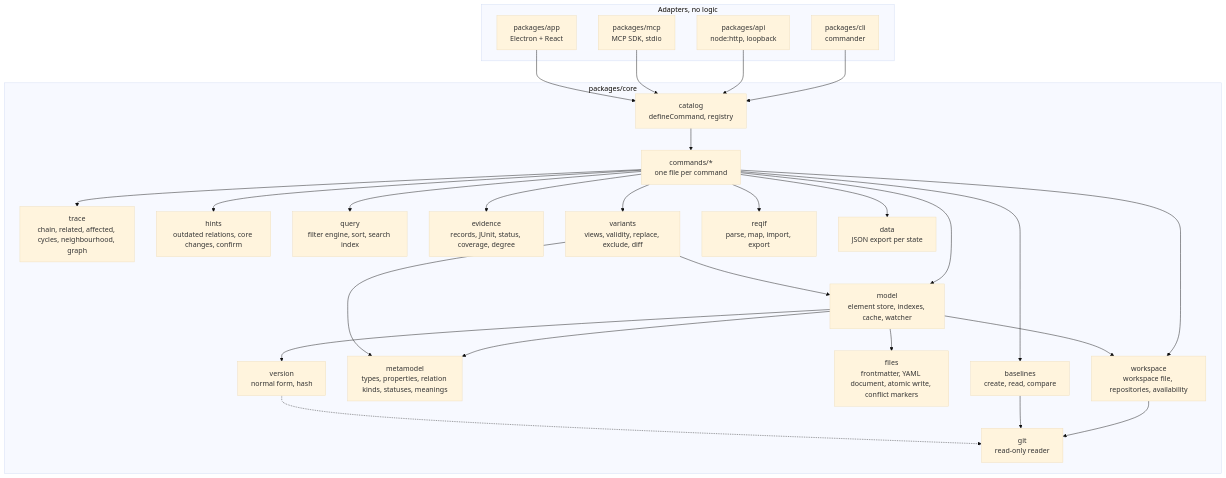
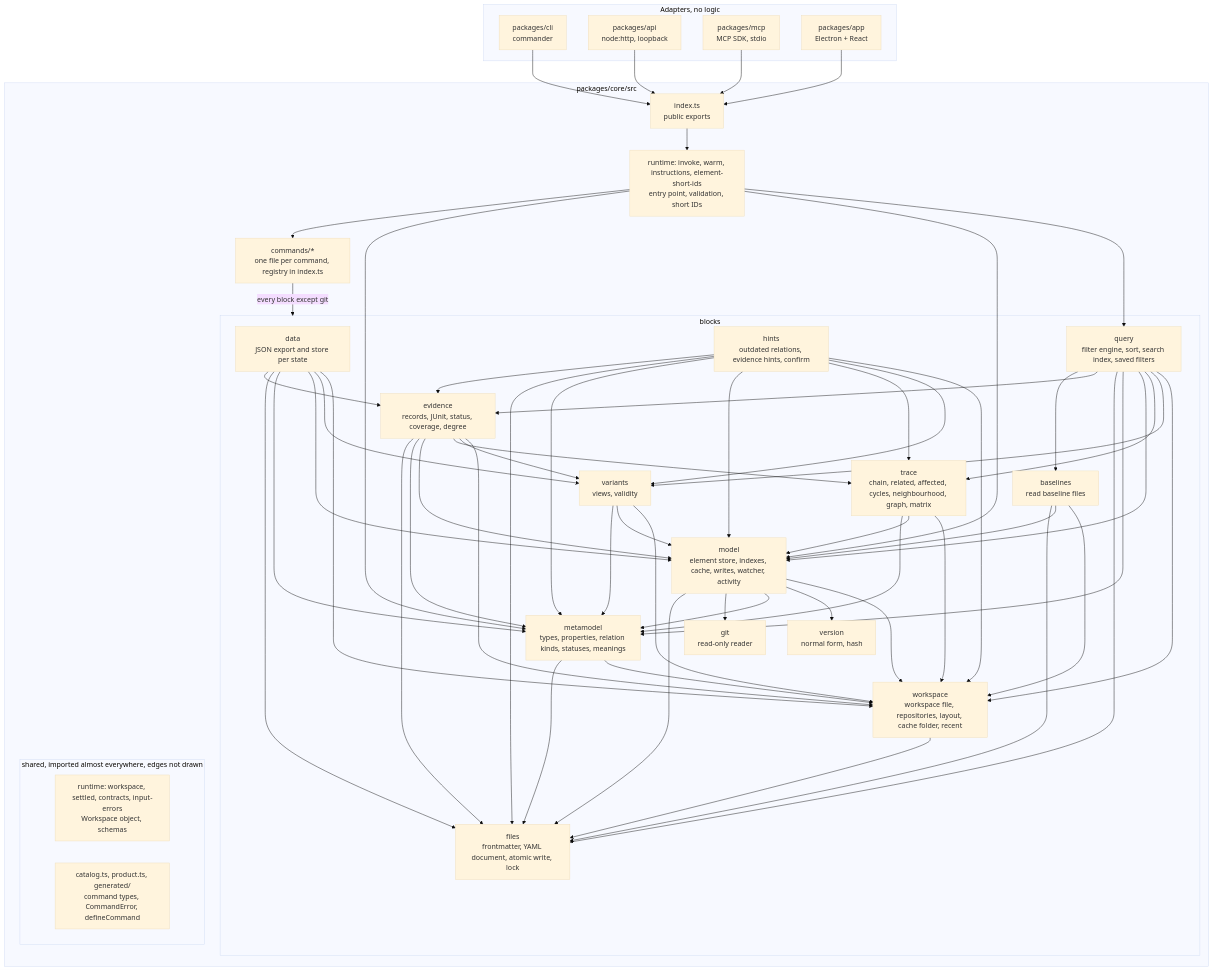
The second of 4 diagrams in docs/architecture/README.md (ThomasBirkmaier/ReqSeq), drawn with Mermaid (base theme) before and after one commit. The commit also changed other lines of this file, not shown here.

Commit message:
enabler: architecture diagram matches the code (logreq#640)
* docs: architecture block diagram matches the core imports

Redraw the block diagram in docs/architecture/README.md section 5 from the
real imports of packages/core/src (product code, relative imports across
block folders). Remove arrows that do not exist (workspace -> git,
baselines -> git, version -> git, commands -> reqif), add the missing ones
(model -> git, the feature blocks among each other, runtime), add an exact
import table (values and types only), the observed layering, the runtime
and model sub-areas, and the runtime/invoke.ts exception to "blocks never
import commands". ADR statuses (M3 of logreq#635) are left for Thomas.

Refs logreq#635

* docs: fix value and type-only imports in the architecture import table

The first matrix counted a block pair as types only when every importing
file had an import type, even when the same file also imported values
(model/view.ts imports computeVersion from version). Recomputed per import
statement and cross-checked with a second parser; only data -> git, query
and runtime state are types only.

Refs logreq#635

---------

````diff
--- a/docs/architecture/README.md
+++ b/docs/architecture/README.md
@@ -80,35 +82,47 @@
 ```mermaid
 flowchart TB
   subgraph adapters[Adapters, no logic]
     cli[packages/cli<br/>commander]
     api[packages/api<br/>node:http, loopback]
     mcp[packages/mcp<br/>MCP SDK, stdio]
     app[packages/app<br/>Electron + React]
   end
-  subgraph core[packages/core]
-    catalog[catalog<br/>defineCommand, registry]
-    commands[commands/*<br/>one file per command]
-    ws[workspace<br/>workspace file, repositories, availability]
-    mm[metamodel<br/>types, properties, relation kinds, statuses, meanings]
-    files[files<br/>frontmatter, YAML document, atomic write, conflict markers]
-    model[model<br/>element store, indexes, cache, watcher]
-    version[version<br/>normal form, hash]
-    trace[trace<br/>chain, related, affected, cycles, neighbourhood, graph]
-    hints[hints<br/>outdated relations, core changes, confirm]
-    query[query<br/>filter engine, sort, search index]
-    evidence[evidence<br/>records, JUnit, status, coverage, degree]
-    variants[variants<br/>views, validity, replace, exclude, diff]
-    baselines[baselines<br/>create, read, compare]
-    reqif[reqif<br/>parse, map, import, export]
-    data[data<br/>JSON export per state]
-    git[git<br/>read-only reader]
+  subgraph core[packages/core/src]
+    index[index.ts<br/>public exports]
+    entry[runtime: invoke, warm, instructions, element-short-ids<br/>entry point, validation, short IDs]
+    commands[commands/*<br/>one file per command, registry in index.ts]
+    subgraph blocks[blocks]
+      data[data<br/>JSON export and store per state]
+      query[query<br/>filter engine, sort, search index, saved filters]
+      hints[hints<br/>outdated relations, evidence hints, confirm]
+      evidence[evidence<br/>records, JUnit, status, coverage, degree]
+      trace[trace<br/>chain, related, affected, cycles, neighbourhood, graph, matrix]
+      variants[variants<br/>views, validity]
+      baselines[baselines<br/>read baseline files]
+      model[model<br/>element store, indexes, cache, writes, watcher, activity]
+      mm[metamodel<br/>types, properties, relation kinds, statuses, meanings]
+      ws[workspace<br/>workspace file, repositories, layout, cache folder, recent]
+      files[files<br/>frontmatter, YAML document, atomic write, lock]
+      version[version<br/>normal form, hash]
+      git[git<br/>read-only reader]
+    end
+    subgraph shared[shared, imported almost everywhere, edges not drawn]
+      state[runtime: workspace, settled, contracts, input-errors<br/>Workspace object, schemas]
+      catalog[catalog.ts, product.ts, generated/<br/>command types, CommandError, defineCommand]
+    end
   end
-  cli & api & mcp & app --> catalog
-  catalog --> commands
-  commands --> ws & model & trace & hints & query & evidence & variants & baselines & reqif & data
-  model --> files & version & mm & ws
-  variants --> model & mm
-  ws --> git
-  baselines --> git
-  version -.-> git
+  cli & api & mcp & app --> index
+  index --> entry
+  entry --> commands & mm & model & query
+  commands -->|every block except git| blocks
+  data --> evidence & files & mm & model & variants & ws
+  query --> baselines & evidence & files & mm & model & trace & variants & ws
+  hints --> evidence & files & mm & model & trace & variants & ws
+  evidence --> files & mm & model & trace & variants & ws
+  trace --> mm & model & ws
+  variants --> mm & model & ws
+  baselines --> files & model & ws
+  model --> files & git & mm & version & ws
+  mm --> files & ws
+  ws --> files
 ```
````
